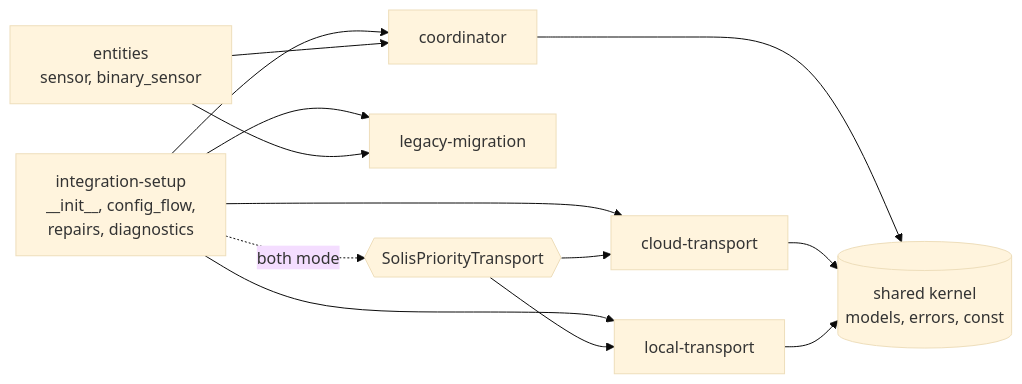
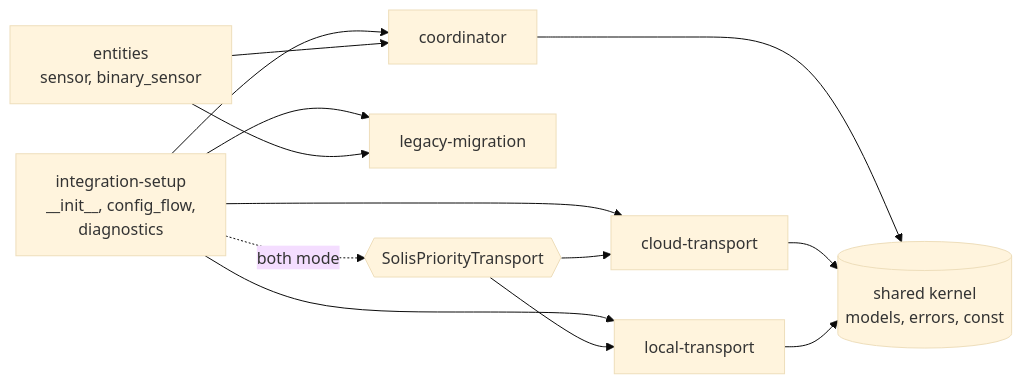
Before and after one commit to taurgis/ha-solis: the diagram in specs/architecture.md, drawn with Mermaid (base theme). The commit also changed other lines of this file and 45 other files, not shown here.

````diff
--- a/specs/architecture.md
+++ b/specs/architecture.md
@@ -17,17 +17,17 @@
 ```mermaid
 flowchart LR
-  setup[integration-setup<br/>__init__, config_flow,<br/>repairs, diagnostics]
+  setup[integration-setup<br/>__init__, config_flow,<br/>diagnostics]
   coord[coordinator]
   ent[entities<br/>sensor, binary_sensor]
   cloud[cloud-transport]
   local[local-transport]
   mig[legacy-migration]
   core[(shared kernel<br/>models, errors, const)]
   setup --> cloud & local & coord & mig
   ent --> coord & mig
   coord --> core
   cloud --> core
   local --> core
   setup -. both mode .-> prio{{SolisPriorityTransport}}
   prio --> local & cloud
 ```
````
